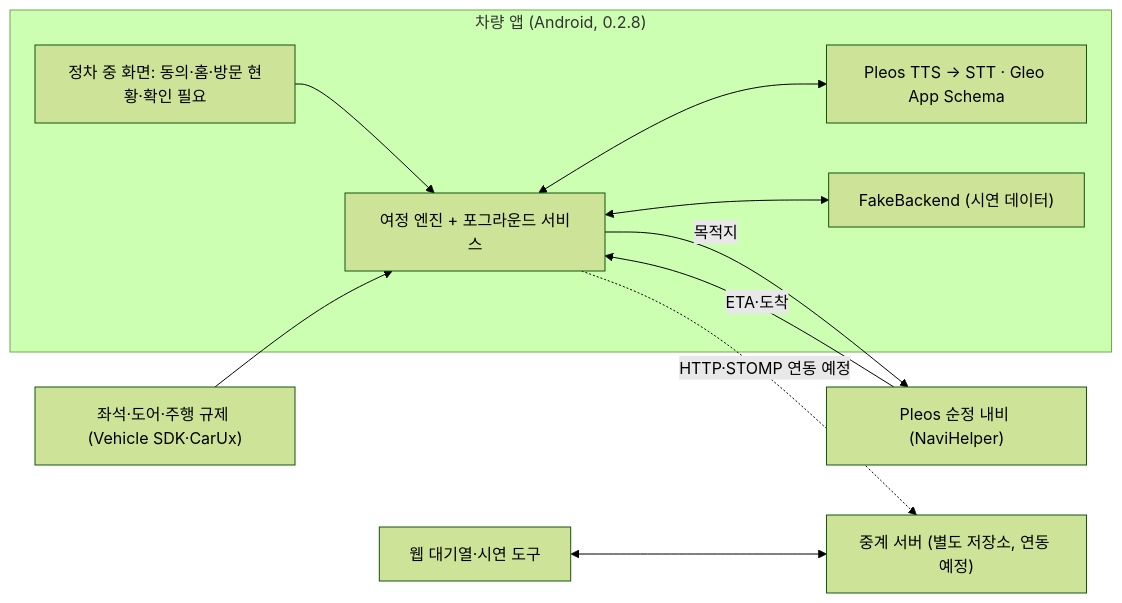
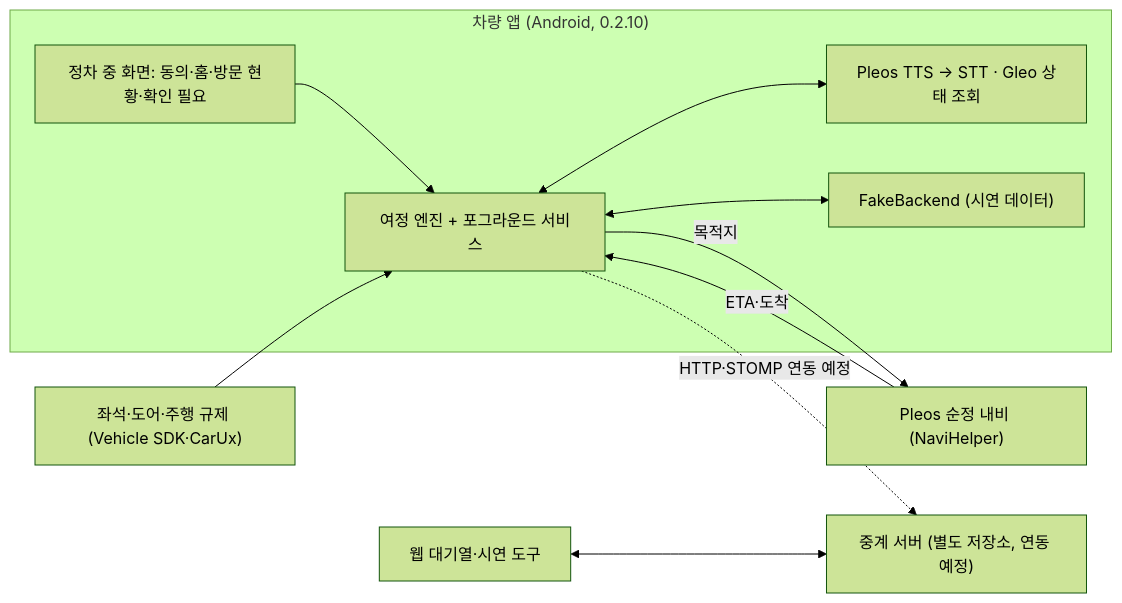
Before and after one commit to smartjourney-pleos/smart-journey-main: the diagram in README.md, drawn with Mermaid (forest theme). The commit also changed other lines of this file and 4 other files, not shown here.

````diff
--- a/README.md
+++ b/README.md
@@ -148,19 +150,19 @@
 ```mermaid
 flowchart LR
-  subgraph CAR["차량 앱 (Android, 0.2.8)"]
+  subgraph CAR["차량 앱 (Android, 0.2.10)"]
     UI["정차 중 화면: 동의·홈·방문 현황·확인 필요"]
     ENGINE["여정 엔진 + 포그라운드 서비스"]
-    VOICE["Pleos TTS → STT · Gleo App Schema"]
+    VOICE["Pleos TTS → STT · Gleo 상태 조회"]
     FAKE["FakeBackend (시연 데이터)"]
     UI --> ENGINE
     ENGINE <--> VOICE
     ENGINE <--> FAKE
   end
   NAVI["Pleos 순정 내비 (NaviHelper)"] -->|"ETA·도착"| ENGINE
   ENGINE -->|"목적지"| NAVI
   VEH["좌석·도어·주행 규제 (Vehicle SDK·CarUx)"] --> ENGINE
   SERVER["중계 서버 (별도 저장소, 연동 예정)"]
   WEB["웹 대기열·시연 도구"]
   ENGINE -. "HTTP·STOMP 연동 예정" .-> SERVER
   WEB <--> SERVER
 ```
````
